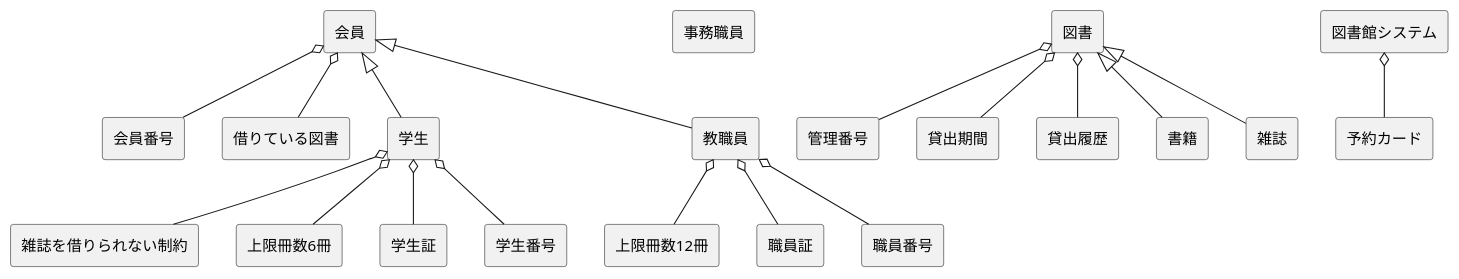
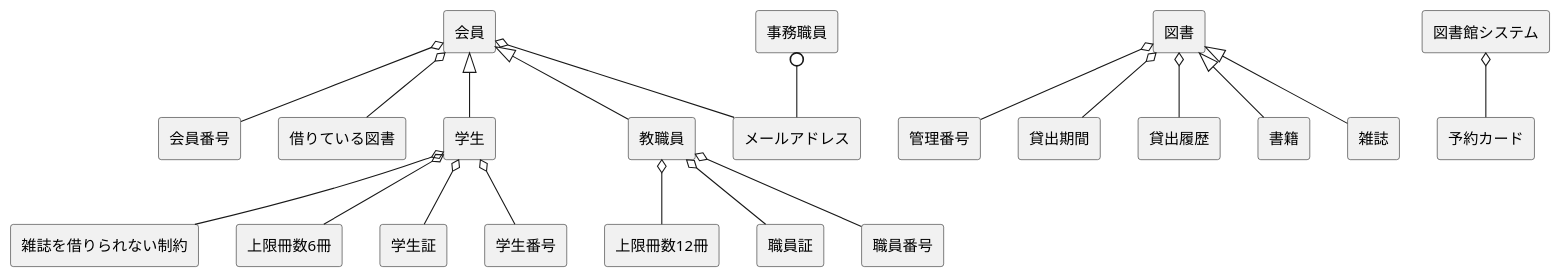
One commit to FujikawaHirono0520/group3_1_dogdog changed the diagram in kouka/domain.pu. Above: the diagram before and after it, drawn with PlantUML. The commit also changed 1 other file, not shown here.

```diff
--- a/kouka/domain.pu
+++ b/kouka/domain.pu
@@ -1,27 +1,28 @@
 @startuml 大原情報科学大学・図書館システムドメインモデル図
 skinparam componentStyle rectangle
 [会員] o-- [会員番号]
 [会員] o-- [借りている図書]
+[会員] o-- [メールアドレス]
 [会員] <|-- [学生]
 [会員] <|-- [教職員]
 
 [学生] o-- [雑誌を借りられない制約]
 [学生] o-- [上限冊数6冊]
 [学生] o-- [学生証]
 [学生] o-- [学生番号]
 
 [教職員] o-- [上限冊数12冊]
 [教職員] o-- [職員証]
 [教職員] o-- [職員番号]
 
-[事務職員]
+[事務職員] 0-- [メールアドレス]
 
 [図書] o-- [管理番号]
 [図書] o-- [貸出期間]
 [図書] o-- [貸出履歴]
 [図書] <|-- [書籍]
 [図書] <|-- [雑誌]
 
 [図書館システム] o-- [予約カード]
 
 @enduml
```
